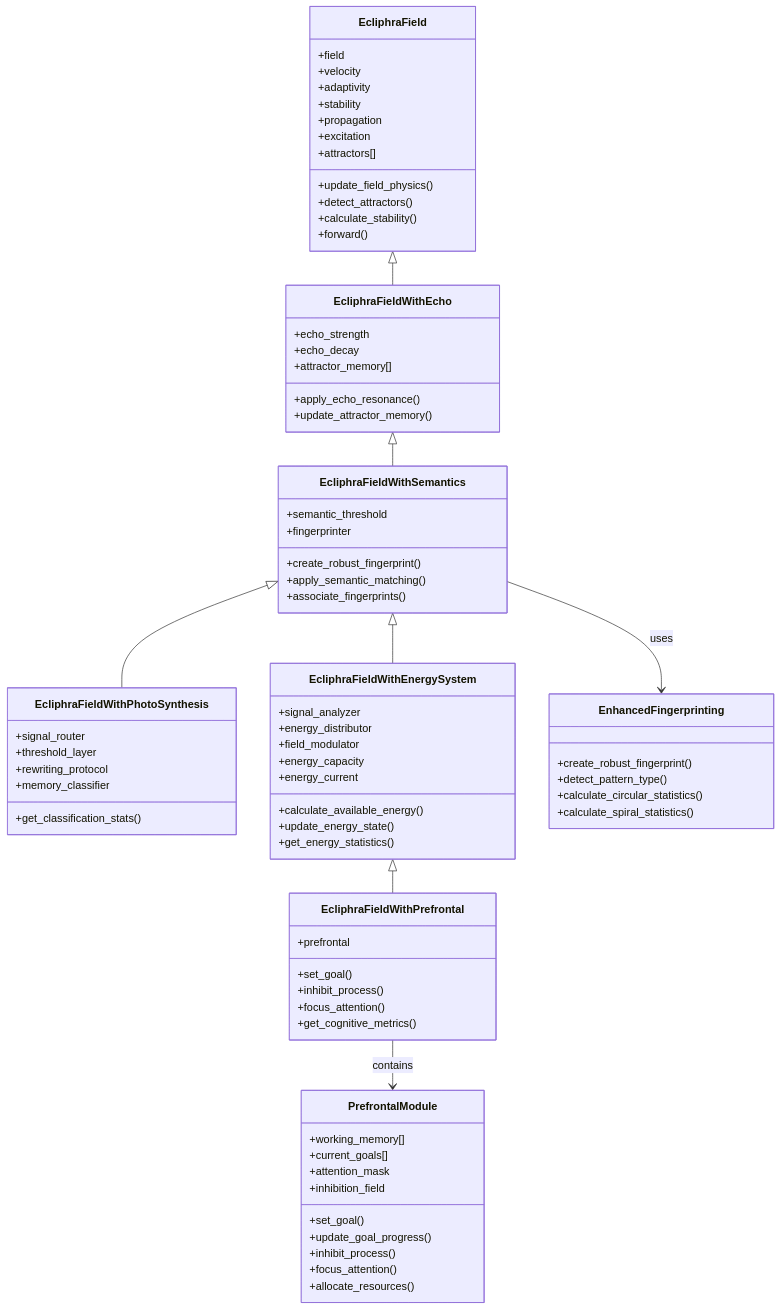
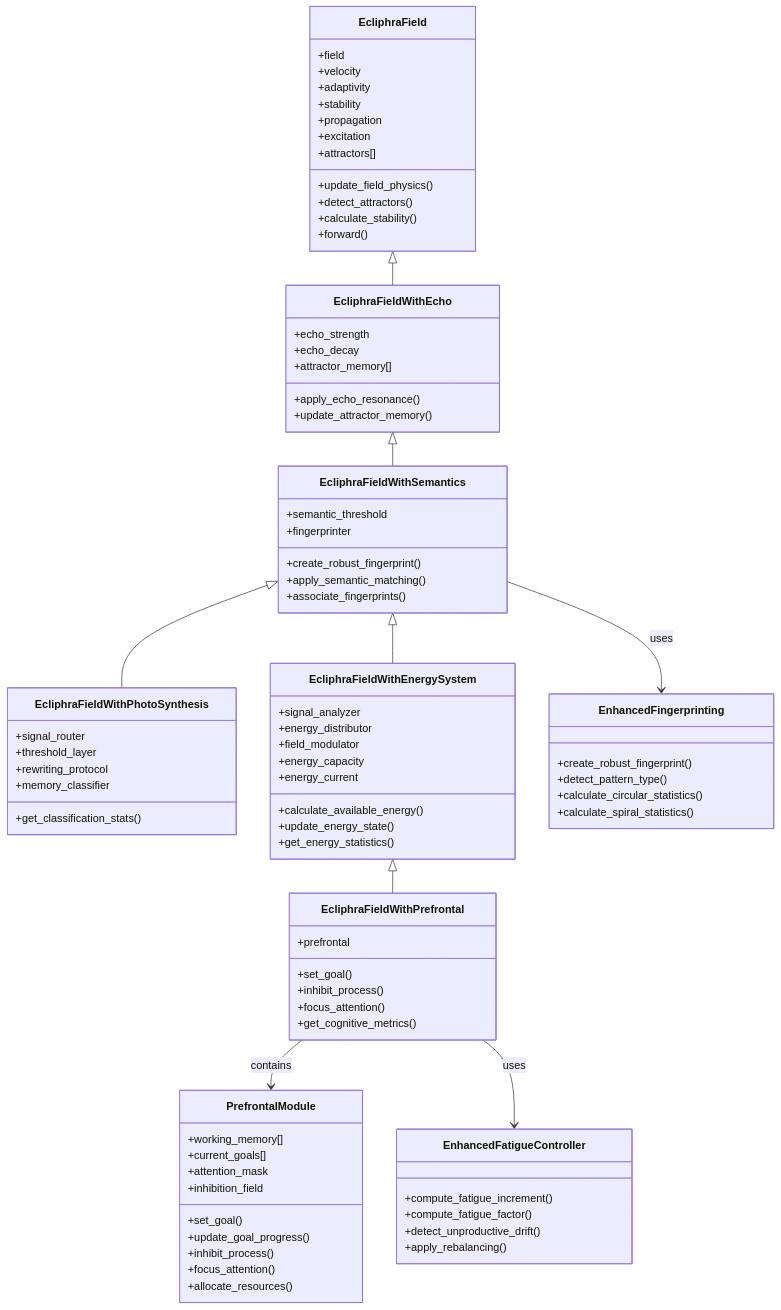
One commit to flatstats/ecliphra changed the second of 2 diagrams in README.md. Above: the diagram before and after it, drawn with Mermaid. The commit also changed other lines of this file, not shown here.

````diff
--- a/README.md
+++ b/README.md
@@ -177,6 +177,12 @@
         +focus_attention()
         +allocate_resources()
     }
+    class EnhancedFatigueController {
+        +compute_fatigue_increment()
+        +compute_fatigue_factor()
+        +detect_unproductive_drift()
+        +apply_rebalancing()
+    }
 
     EcliphraField <|-- EcliphraFieldWithEcho
     EcliphraFieldWithEcho <|-- EcliphraFieldWithSemantics
@@ -186,4 +192,5 @@
 
     EcliphraFieldWithSemantics --> EnhancedFingerprinting : uses
     EcliphraFieldWithPrefrontal --> PrefrontalModule : contains
+    EcliphraFieldWithPrefrontal --> EnhancedFatigueController : uses
 ```
````
